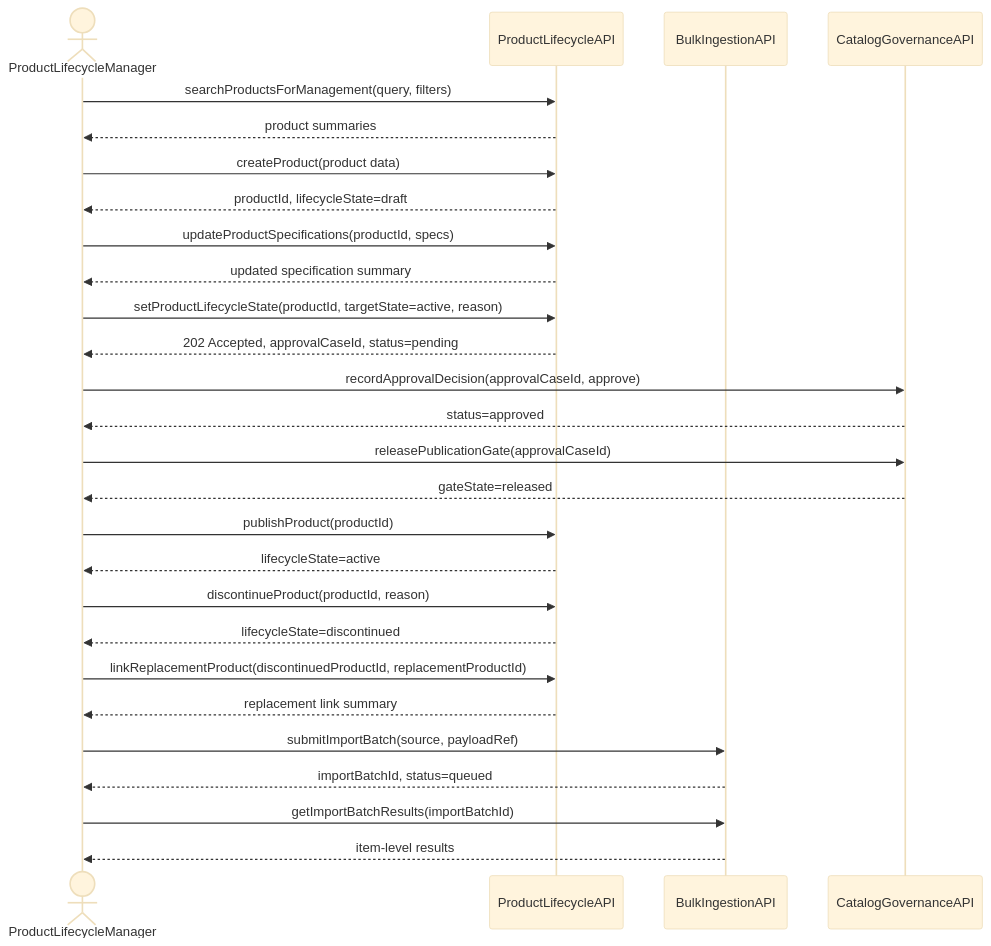
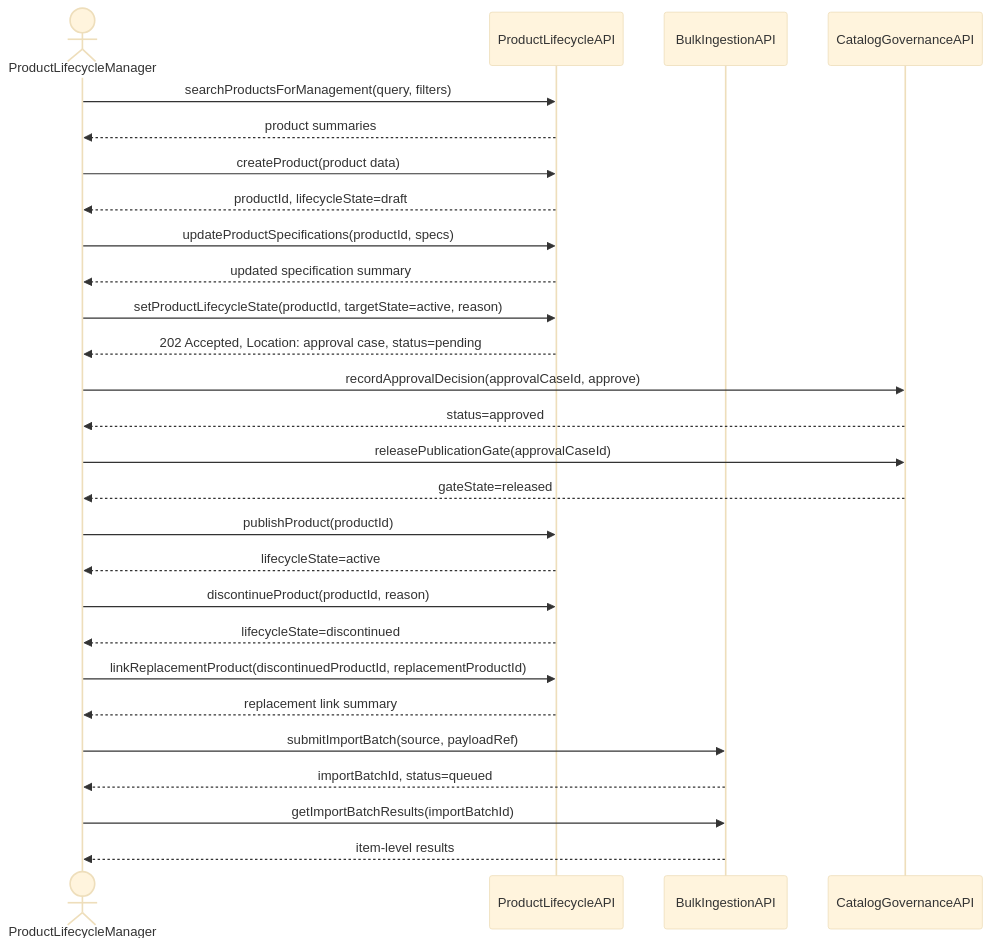
One commit to cjjohansen/drone-web changed the first of 7 diagrams in design/catalog-management-v2/addr/define/sequence-diagrams.md. Above: the diagram before and after it, drawn with Mermaid (base theme). The commit also changed other lines of this file and 17 other files, not shown here.

````diff
--- a/design/catalog-management-v2/addr/define/sequence-diagrams.md
+++ b/design/catalog-management-v2/addr/define/sequence-diagrams.md
@@ -10,40 +10,40 @@
 ```mermaid
 sequenceDiagram
     actor PLM as ProductLifecycleManager
     participant ProductApi as ProductLifecycleAPI
     participant BulkApi as BulkIngestionAPI
     participant GovApi as CatalogGovernanceAPI
 
     PLM->>ProductApi: searchProductsForManagement(query, filters)
     ProductApi-->>PLM: product summaries
 
     PLM->>ProductApi: createProduct(product data)
     ProductApi-->>PLM: productId, lifecycleState=draft
 
     PLM->>ProductApi: updateProductSpecifications(productId, specs)
     ProductApi-->>PLM: updated specification summary
 
     PLM->>ProductApi: setProductLifecycleState(productId, targetState=active, reason)
-    ProductApi-->>PLM: 202 Accepted, approvalCaseId, status=pending
+    ProductApi-->>PLM: 202 Accepted, Location: approval case, status=pending
 
     PLM->>GovApi: recordApprovalDecision(approvalCaseId, approve)
     GovApi-->>PLM: status=approved
 
     PLM->>GovApi: releasePublicationGate(approvalCaseId)
     GovApi-->>PLM: gateState=released
 
     PLM->>ProductApi: publishProduct(productId)
     ProductApi-->>PLM: lifecycleState=active
 
     PLM->>ProductApi: discontinueProduct(productId, reason)
     ProductApi-->>PLM: lifecycleState=discontinued
 
     PLM->>ProductApi: linkReplacementProduct(discontinuedProductId, replacementProductId)
     ProductApi-->>PLM: replacement link summary
 
     PLM->>BulkApi: submitImportBatch(source, payloadRef)
     BulkApi-->>PLM: importBatchId, status=queued
 
     PLM->>BulkApi: getImportBatchResults(importBatchId)
     BulkApi-->>PLM: item-level results
 ```
````
